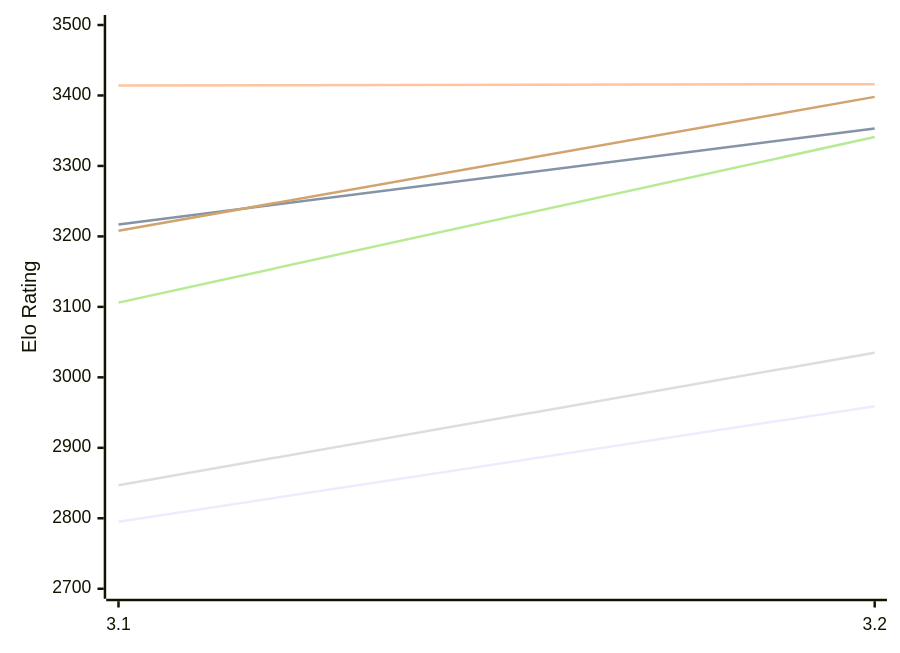
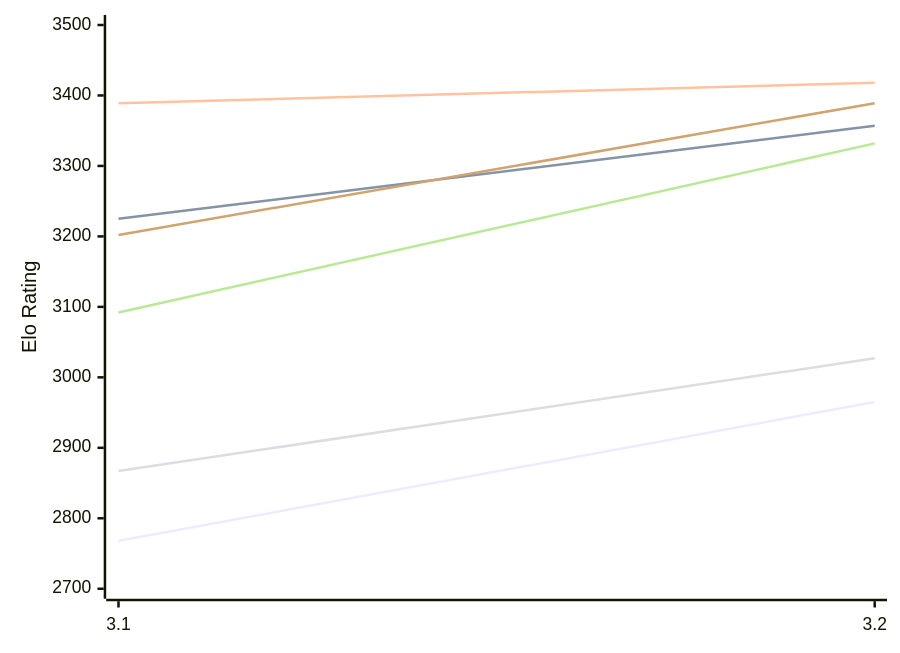
One commit to computer-chess-index/cci changed the first of 2 diagrams in engines/Thrawn.md. Above: the diagram before and after it, drawn with Mermaid. The commit also changed other lines of this file, not shown here.

Commit message:
Update CCI Ratings (ELO VLTC) - 2026-11-15

````diff
--- a/engines/Thrawn.md
+++ b/engines/Thrawn.md
@@ -52,12 +52,12 @@
 ```mermaid
 %%{init: {"theme":"base","themeVariables":{"seriesColors:['#a3a3a3','#222221','#faa371']}}}%%
 xychart-beta
   x-axis ["3.1", "3.2"]
   y-axis "Elo Rating" 2700 --> 3500
-  line "E1: STC (8.0+0.08s)" [2795, 2959]
-  line "E1: LTC (60.0+0.60s)" [3217, 3353]
-  line "E1: VLTC (2m24s+1.12s)" [3414, 3416]
-  line "P1: STC (8.0+0.08s)" [2847, 3035]
-  line "P1: LTC (60.0+0.60s)" [3106, 3341]
-  line "P1: VLTC (2m24s+1.12s)" [3208, 3398]
+  line "E1: STC (8.0+0.08s)" [2768, 2965]
+  line "E1: LTC (60.0+0.60s)" [3225, 3357]
+  line "E1: VLTC (2m24s+1.12s)" [3389, 3418]
+  line "P1: STC (8.0+0.08s)" [2867, 3027]
+  line "P1: LTC (60.0+0.60s)" [3092, 3332]
+  line "P1: VLTC (2m24s+1.12s)" [3202, 3389]
 ```
````
